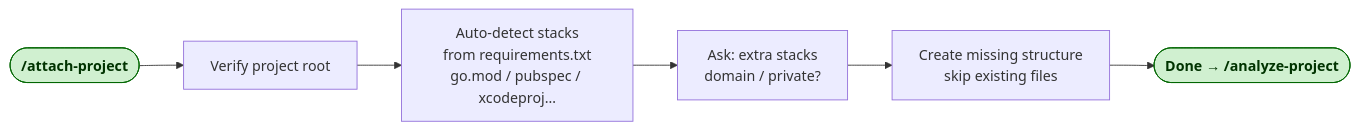
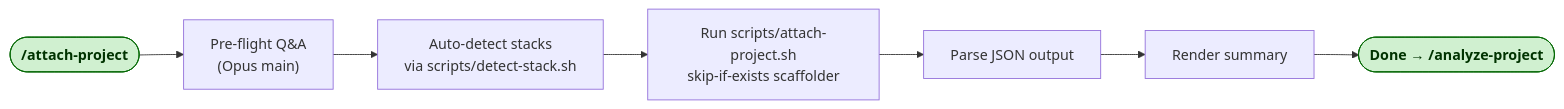
One commit to vladislavsournine/vladyslav-skills changed the second of 15 diagrams in docs/diagrams/skill-flows.md. Above: the diagram before and after it, drawn with Mermaid. The commit also changed other lines of this file and 6 other files, not shown here.

````diff
--- a/docs/diagrams/skill-flows.md
+++ b/docs/diagrams/skill-flows.md
@@ -34,11 +28,12 @@
 ```mermaid
 flowchart LR
-    A([/attach-project]):::start --> B[Verify project root]
-    B --> C[Auto-detect stacks\nfrom requirements.txt\ngo.mod / pubspec / xcodeproj…]
-    C --> D[Ask: extra stacks\ndomain / private?]
-    D --> E[Create missing structure\nskip existing files]
-    E --> F([Done → /analyze-project]):::done
+    A([/attach-project]):::start --> B["Pre-flight Q&A<br/>(Opus main)"]
+    B --> C[Auto-detect stacks<br/>via scripts/detect-stack.sh]
+    C --> D[Run scripts/attach-project.sh<br/>skip-if-exists scaffolder]
+    D --> E[Parse JSON output]
+    E --> F[Render summary]
+    F --> G([Done → /analyze-project]):::done
 
     classDef start fill:#d0f0d0,stroke:#006600,color:#003300,font-weight:bold
     classDef done  fill:#d0f0d0,stroke:#006600,color:#003300,font-weight:bold
 ```
````
